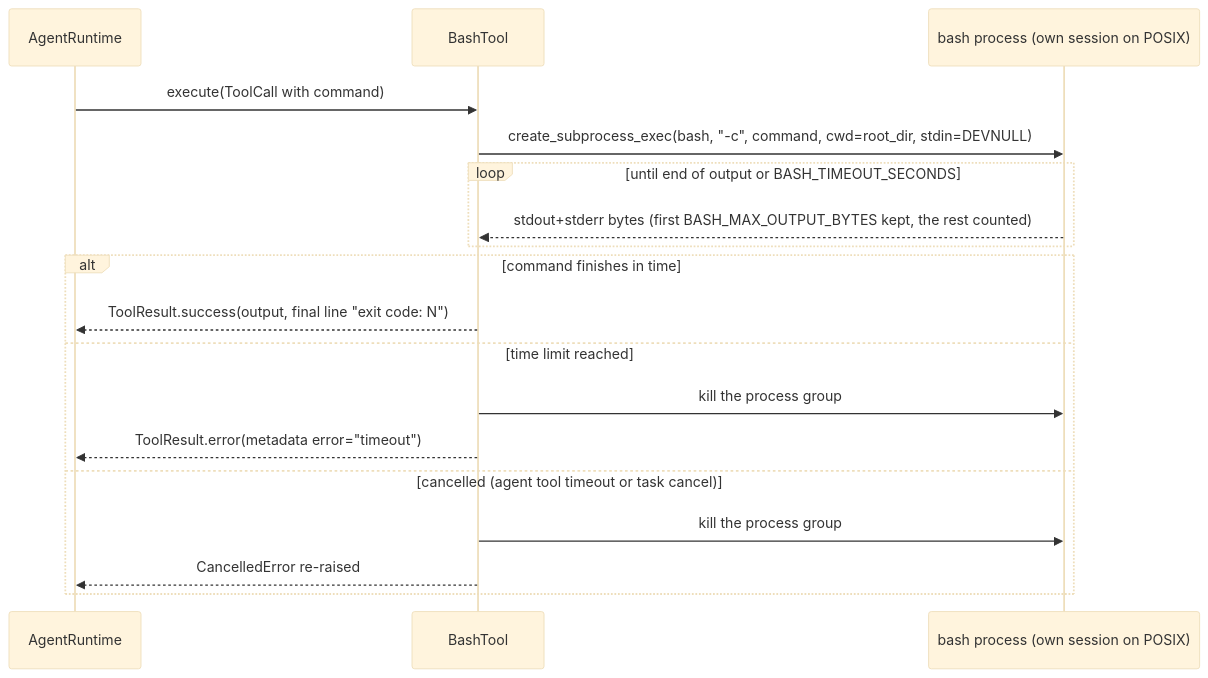
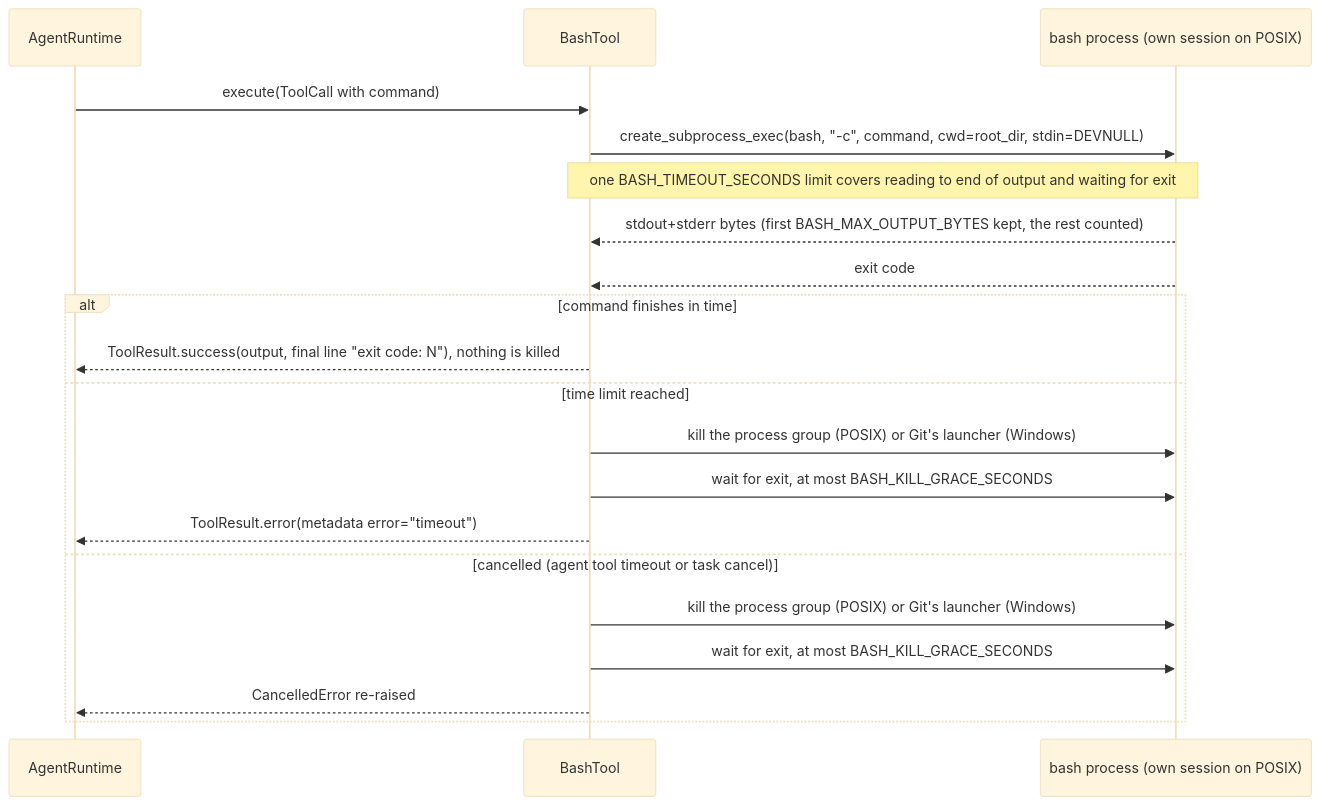
The second of 2 diagrams in docs/spec/coding-agent/spec.md (cerredz/Vidbyte-SDK), drawn with Mermaid (base theme) before and after one commit. The commit also changed other lines of this file, not shown here.

Commit message:
docs(spec): revise coding-agent spec r2 (S1 review round 1: bounded bash stop, Windows lookup, 50 KB cap)

````diff
--- a/docs/spec/coding-agent/spec.md
+++ b/docs/spec/coding-agent/spec.md
@@ -116,20 +116,22 @@
 ```mermaid
 sequenceDiagram
   participant RT as AgentRuntime
   participant BT as BashTool
   participant OS as bash process (own session on POSIX)
   RT->>BT: execute(ToolCall with command)
   BT->>OS: create_subprocess_exec(bash, "-c", command, cwd=root_dir, stdin=DEVNULL)
-  loop until end of output or BASH_TIMEOUT_SECONDS
-    OS-->>BT: stdout+stderr bytes (first BASH_MAX_OUTPUT_BYTES kept, the rest counted)
-  end
+  Note over BT,OS: one BASH_TIMEOUT_SECONDS limit covers reading to end of output and waiting for exit
+  OS-->>BT: stdout+stderr bytes (first BASH_MAX_OUTPUT_BYTES kept, the rest counted)
+  OS-->>BT: exit code
   alt command finishes in time
-    BT-->>RT: ToolResult.success(output, final line "exit code: N")
+    BT-->>RT: ToolResult.success(output, final line "exit code: N"), nothing is killed
   else time limit reached
-    BT->>OS: kill the process group
+    BT->>OS: kill the process group (POSIX) or Git's launcher (Windows)
+    BT->>OS: wait for exit, at most BASH_KILL_GRACE_SECONDS
     BT-->>RT: ToolResult.error(metadata error="timeout")
   else cancelled (agent tool timeout or task cancel)
-    BT->>OS: kill the process group
+    BT->>OS: kill the process group (POSIX) or Git's launcher (Windows)
+    BT->>OS: wait for exit, at most BASH_KILL_GRACE_SECONDS
     BT-->>RT: CancelledError re-raised
   end
 ```
````
